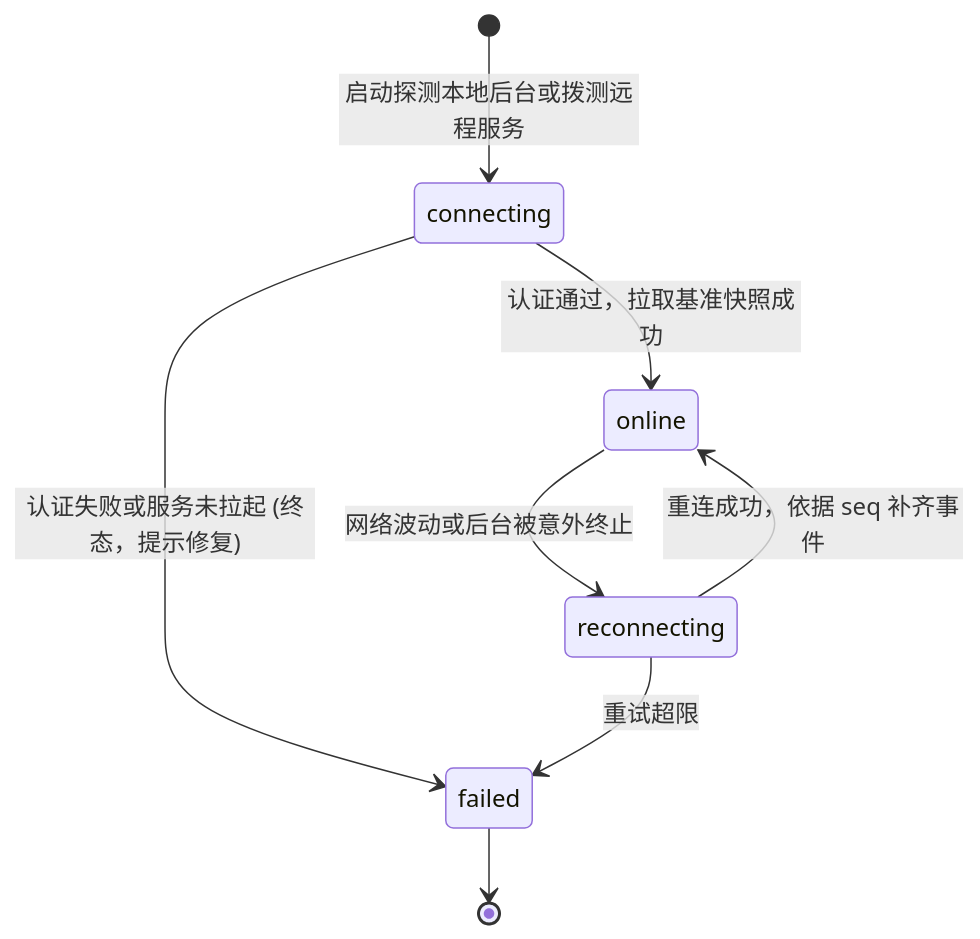
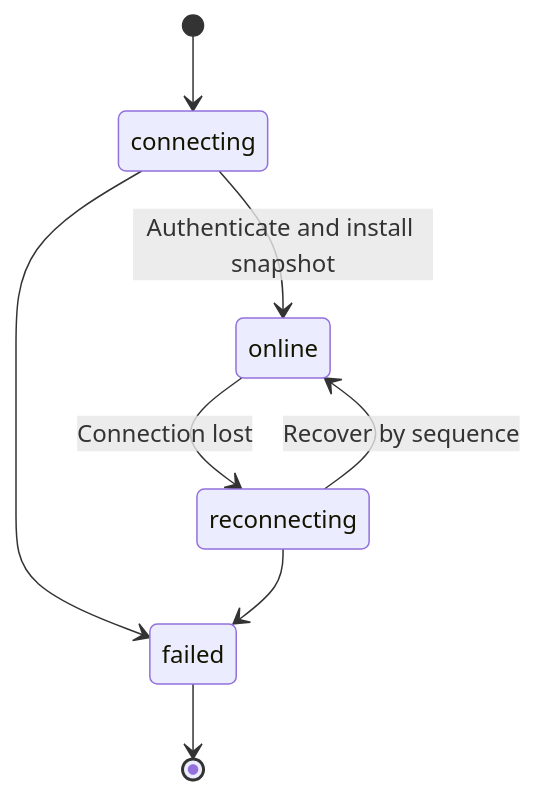
The first of 3 diagrams in docs/modules/desktop.md (num-lab/Ruukoto), drawn with Mermaid before and after one commit. The commit also changed other lines of this file and 3987 other files, not shown here.

````diff
--- a/docs/modules/desktop.md
+++ b/docs/modules/desktop.md
@@ -52,10 +33,10 @@
 ```mermaid
 stateDiagram-v2
-  [*] --> connecting: 启动探测本地后台或拨测远程服务
-  connecting --> online: 认证通过，拉取基准快照成功
-  connecting --> failed: 认证失败或服务未拉起 (终态，提示修复)
-  online --> reconnecting: 网络波动或后台被意外终止
-  reconnecting --> online: 重连成功，依据 seq 补齐事件
-  reconnecting --> failed: 重试超限
+  [*] --> connecting
+  connecting --> online: Authenticate and install snapshot
+  connecting --> failed
+  online --> reconnecting: Connection lost
+  reconnecting --> online: Recover by sequence
+  reconnecting --> failed
   failed --> [*]
 ```
````
